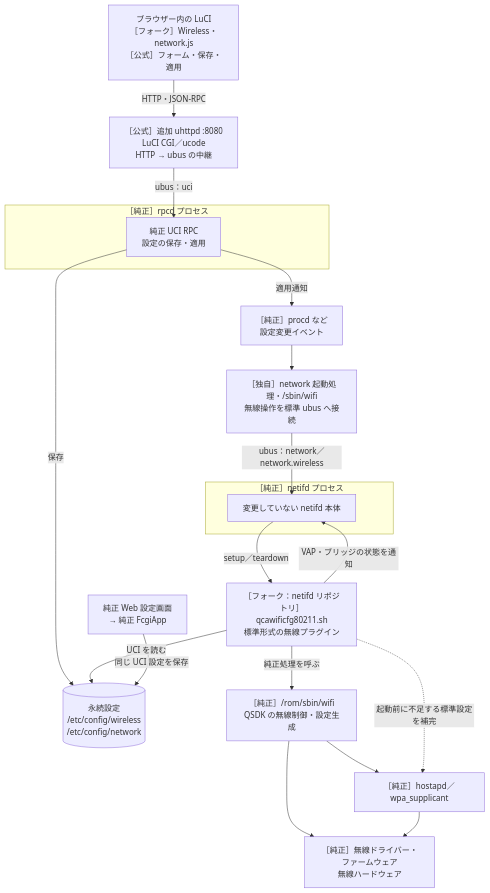
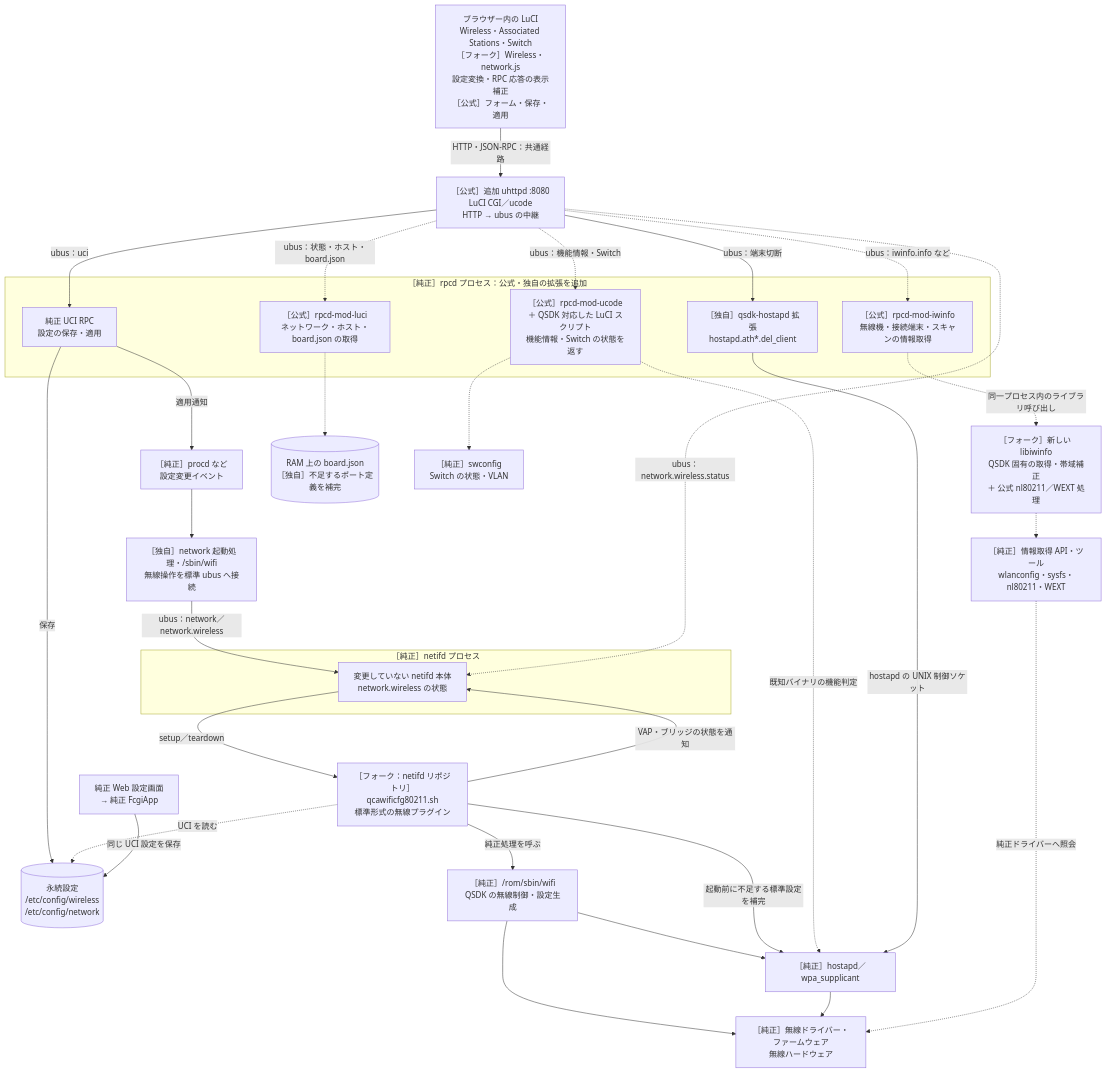
The first of 3 diagrams in README.md (onokatio/luci), drawn with Mermaid before and after one commit. The commit also changed other lines of this file, not shown here.

Commit message:
docs: unify wireless control and status diagrams [skip ci]

````diff
--- a/README.md
+++ b/README.md
@@ -20,39 +22,60 @@
 ```mermaid
 flowchart TD
-    UI["ブラウザー内の LuCI<br/>［フォーク］Wireless・network.js<br/>［公式］フォーム・保存・適用"]
+    UI["ブラウザー内の LuCI<br/>Wireless・Associated Stations・Switch<br/>［フォーク］Wireless・network.js<br/>設定変換・RPC 応答の表示補正<br/>［公式］フォーム・保存・適用"]
     HTTP["［公式］追加 uhttpd :8080<br/>LuCI CGI／ucode<br/>HTTP → ubus の中継"]
 
-    subgraph RPC["［純正］rpcd プロセス"]
+    subgraph RPC["［純正］rpcd プロセス：公式・独自の拡張を追加"]
         UCIAPI["純正 UCI RPC<br/>設定の保存・適用"]
+        LRPC["［公式］rpcd-mod-luci<br/>ネットワーク・ホスト・board.json の取得"]
+        IRPC["［公式］rpcd-mod-iwinfo<br/>無線機・接続端末・スキャンの情報取得"]
+        URPC["［公式］rpcd-mod-ucode<br/>＋ QSDK 対応した LuCI スクリプト<br/>機能情報・Switch の状態を返す"]
+        DISCONNECT["［独自］qsdk-hostapd 拡張<br/>hostapd.ath*.del_client"]
     end
 
     CONFIG[("永続設定<br/>/etc/config/wireless<br/>/etc/config/network")]
     EVENT["［純正］procd など<br/>設定変更イベント"]
     WRAP["［独自］network 起動処理・/sbin/wifi<br/>無線操作を標準 ubus へ接続"]
 
     subgraph NET["［純正］netifd プロセス"]
-        CORE["変更していない netifd 本体"]
+        CORE["変更していない netifd 本体<br/>network.wireless の状態"]
     end
 
     PLUGIN["［フォーク：netifd リポジトリ］<br/>qcawificfg80211.sh<br/>標準形式の無線プラグイン"]
     OEM["［純正］/rom/sbin/wifi<br/>QSDK の無線制御・設定生成"]
     AUTH["［純正］hostapd／wpa_supplicant"]
     DRIVER["［純正］無線ドライバー・ファームウェア<br/>無線ハードウェア"]
+    NATIVE["［純正］情報取得 API・ツール<br/>wlanconfig・sysfs・nl80211・WEXT"]
+    IW["［フォーク］新しい libiwinfo<br/>QSDK 固有の取得・帯域補正<br/>＋ 公式 nl80211／WEXT 処理"]
+    BOARD[("RAM 上の board.json<br/>［独自］不足するポート定義を補完")]
+    SW["［純正］swconfig<br/>Switch の状態・VLAN"]
     WEB["純正 Web 設定画面<br/>→ 純正 FcgiApp"]
 
-    UI -->|"HTTP・JSON-RPC"| HTTP
+    UI -->|"HTTP・JSON-RPC：共通経路"| HTTP
     HTTP -->|"ubus：uci"| UCIAPI
     UCIAPI -->|"保存"| CONFIG
     UCIAPI -->|"適用通知"| EVENT
     EVENT --> WRAP
     WRAP -->|"ubus：network／network.wireless"| CORE
     CORE -->|"setup／teardown"| PLUGIN
-    PLUGIN -->|"UCI を読む"| CONFIG
+    PLUGIN -.->|"UCI を読む"| CONFIG
     PLUGIN -->|"純正処理を呼ぶ"| OEM
     OEM --> AUTH
     OEM --> DRIVER
     AUTH --> DRIVER
-    PLUGIN -.->|"起動前に不足する標準設定を補完"| AUTH
+    PLUGIN -->|"起動前に不足する標準設定を補完"| AUTH
     PLUGIN -->|"VAP・ブリッジの状態を通知"| CORE
     WEB -->|"同じ UCI 設定を保存"| CONFIG
+
+    HTTP -.->|"ubus：状態・ホスト・board.json"| LRPC
+    HTTP -.->|"ubus：iwinfo.info など"| IRPC
+    HTTP -.->|"ubus：機能情報・Switch"| URPC
+    HTTP -->|"ubus：端末切断"| DISCONNECT
+    HTTP -.->|"ubus：network.wireless.status"| CORE
+    IRPC -.->|"同一プロセス内のライブラリ呼び出し"| IW
+    IW -.-> NATIVE
+    NATIVE -.->|"純正ドライバーへ照会"| DRIVER
+    LRPC -.-> BOARD
+    URPC -.-> SW
+    URPC -.->|"既知バイナリの機能判定"| AUTH
+    DISCONNECT -->|"hostapd の UNIX 制御ソケット"| AUTH
 ```
````
